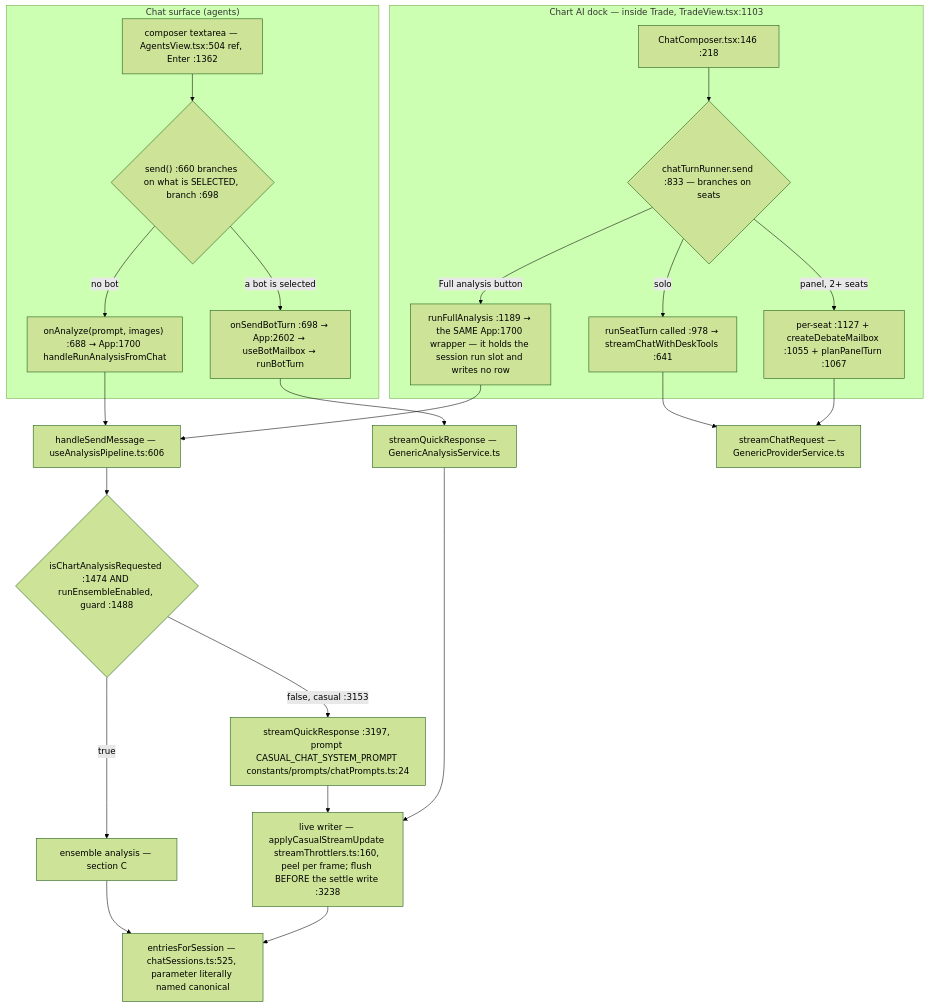
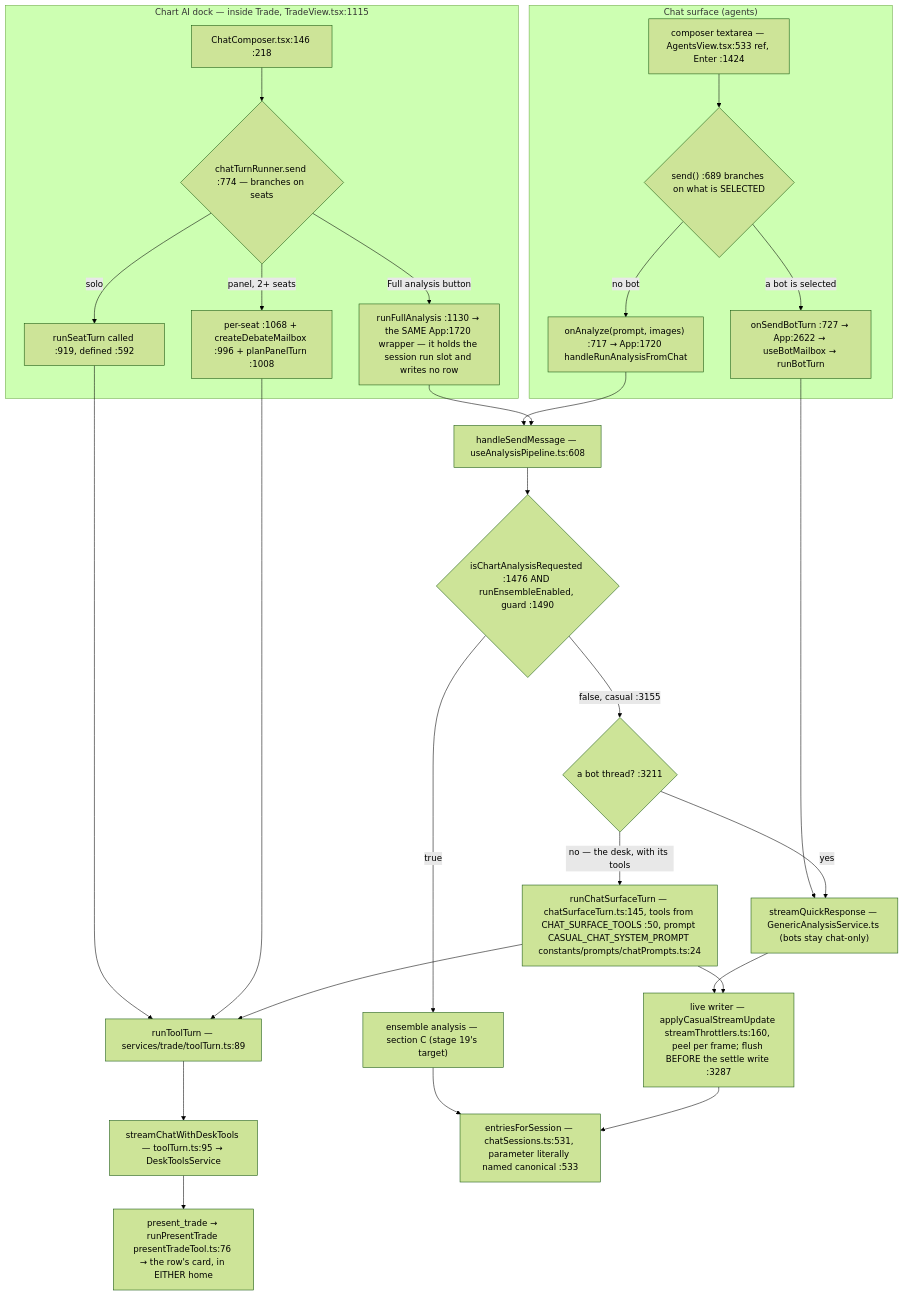
The second of 7 diagrams in docs/app-flow.md (Acepay25/august-3.5), drawn with Mermaid (forest theme) before and after one commit. The commit also changed other lines of this file and 2 other files, not shown here.

First line of the commit message:
docs(app-flow): re-measure both flow docs against the stage-20 tree

````diff
--- a/docs/app-flow.md
+++ b/docs/app-flow.md
@@ -47,26 +49,31 @@
 ```mermaid
 flowchart TD
     subgraph CHAT["Chat surface (agents)"]
-        CB["composer textarea — AgentsView.tsx:504 ref, Enter :1362"] --> D1{"send() :660 branches on what is SELECTED, branch :698"}
-        D1 -->|a bot is selected| BOT["onSendBotTurn :698 → App:2602 → useBotMailbox → runBotTurn"]
-        D1 -->|no bot| AN["onAnalyze(prompt, images) :688 → App:1700 handleRunAnalysisFromChat"]
+        CB["composer textarea — AgentsView.tsx:533 ref, Enter :1424"] --> D1{"send() :689 branches on what is SELECTED"}
+        D1 -->|a bot is selected| BOT["onSendBotTurn :727 → App:2622 → useBotMailbox → runBotTurn"]
+        D1 -->|no bot| AN["onAnalyze(prompt, images) :717 → App:1720 handleRunAnalysisFromChat"]
     end
-    subgraph DOCK["Chart AI dock — inside Trade, TradeView.tsx:1103"]
-        DC["ChatComposer.tsx:146 :218"] --> D2{"chatTurnRunner.send :833 — branches on seats"}
-        D2 -->|solo| SO["runSeatTurn called :978 → streamChatWithDeskTools :641"]
-        D2 -->|panel, 2+ seats| PN["per-seat :1127 + createDebateMailbox :1055 + planPanelTurn :1067"]
-        D2 -->|Full analysis button| FA["runFullAnalysis :1189 → the SAME App:1700 wrapper — it holds the session run slot and writes no row"]
+    subgraph DOCK["Chart AI dock — inside Trade, TradeView.tsx:1115"]
+        DC["ChatComposer.tsx:146 :218"] --> D2{"chatTurnRunner.send :774 — branches on seats"}
+        D2 -->|solo| SO["runSeatTurn called :919, defined :592"]
+        D2 -->|panel, 2+ seats| PN["per-seat :1068 + createDebateMailbox :996 + planPanelTurn :1008"]
+        D2 -->|Full analysis button| FA["runFullAnalysis :1130 → the SAME App:1720 wrapper — it holds the session run slot and writes no row"]
     end
-    BOT --> TR["streamQuickResponse — GenericAnalysisService.ts"]
-    AN --> HSM["handleSendMessage — useAnalysisPipeline.ts:606"]
+    SO --> TT["runToolTurn — services/trade/toolTurn.ts:89"]
+    PN --> TT
+    TT --> SCDT["streamChatWithDeskTools — toolTurn.ts:95 → DeskToolsService"]
+    BOT --> TR["streamQuickResponse — GenericAnalysisService.ts (bots stay chat-only)"]
+    AN --> HSM["handleSendMessage — useAnalysisPipeline.ts:608"]
     FA --> HSM
-    SO --> HSM2["streamChatRequest — GenericProviderService.ts"]
-    PN --> HSM2
-    HSM --> D3{"isChartAnalysisRequested :1474 AND runEnsembleEnabled, guard :1488"}
-    D3 -->|true| ENS["ensemble analysis — section C"]
-    D3 -->|false, casual :3153| CAS["streamQuickResponse :3197, prompt CASUAL_CHAT_SYSTEM_PROMPT constants/prompts/chatPrompts.ts:24"]
-    CAS --> LW["live writer — applyCasualStreamUpdate streamThrottlers.ts:160, peel per frame; flush BEFORE the settle write :3238"]
-    TR --> LW
+    HSM --> D3{"isChartAnalysisRequested :1476 AND runEnsembleEnabled, guard :1490"}
+    D3 -->|true| ENS["ensemble analysis — section C (stage 19's target)"]
+    D3 -->|false, casual :3155| SPLIT{"a bot thread? :3211"}
+    SPLIT -->|yes| TR
+    SPLIT -->|no — the desk, with its tools| CST["runChatSurfaceTurn — chatSurfaceTurn.ts:145, tools from CHAT_SURFACE_TOOLS :50, prompt CASUAL_CHAT_SYSTEM_PROMPT constants/prompts/chatPrompts.ts:24"]
+    CST --> TT
+    TR --> LW["live writer — applyCasualStreamUpdate streamThrottlers.ts:160, peel per frame; flush BEFORE the settle write :3287"]
+    CST --> LW
     ENS --> MERGE
-    LW --> MERGE["entriesForSession — chatSessions.ts:525, parameter literally named canonical"]
+    LW --> MERGE["entriesForSession — chatSessions.ts:531, parameter literally named canonical :533"]
+    SCDT --> PT["present_trade → runPresentTrade presentTradeTool.ts:76 → the row's card, in EITHER home"]
 ```
````
